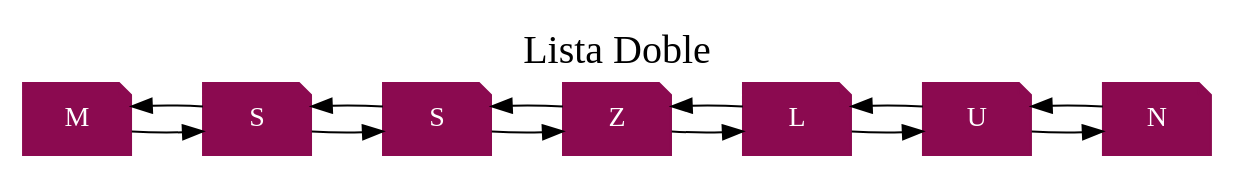
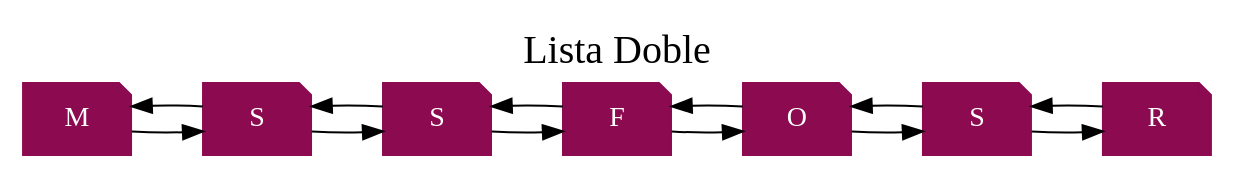
Before and after one commit to JoseMorente98/EDD-Proyecto-1: the diagram in EDD_1S2020_PY1_201801237/FichaJugadorLD.dot, drawn with Graphviz. The commit also changed 48 other files, not shown here.

```diff
--- a/EDD_1S2020_PY1_201801237/FichaJugadorLD.dot
+++ b/EDD_1S2020_PY1_201801237/FichaJugadorLD.dot
@@ -1,23 +1,23 @@
 digraph FichaJugadorLD {
 	rankdir=LR;node[shape = note, fontcolor = white, style = filled, color = deeppink4];
 graph[label = "Lista Doble", labelloc = t, fontsize = 20];
 	Object0 [label = "M"];
 	Object1 [label = "S"];
 	Object2 [label = "S"];
-	Object3 [label = "Z"];
-	Object4 [label = "L"];
-	Object5 [label = "U"];
-	Object6 [label = "N"];
+	Object3 [label = "F"];
+	Object4 [label = "O"];
+	Object5 [label = "S"];
+	Object6 [label = "R"];
 	Object0->Object1;
 Object1->Object0;
 	Object1->Object2;
 Object2->Object1;
 	Object2->Object3;
 Object3->Object2;
 	Object3->Object4;
 Object4->Object3;
 	Object4->Object5;
 Object5->Object4;
 	Object5->Object6;
 Object6->Object5;
 }
```
